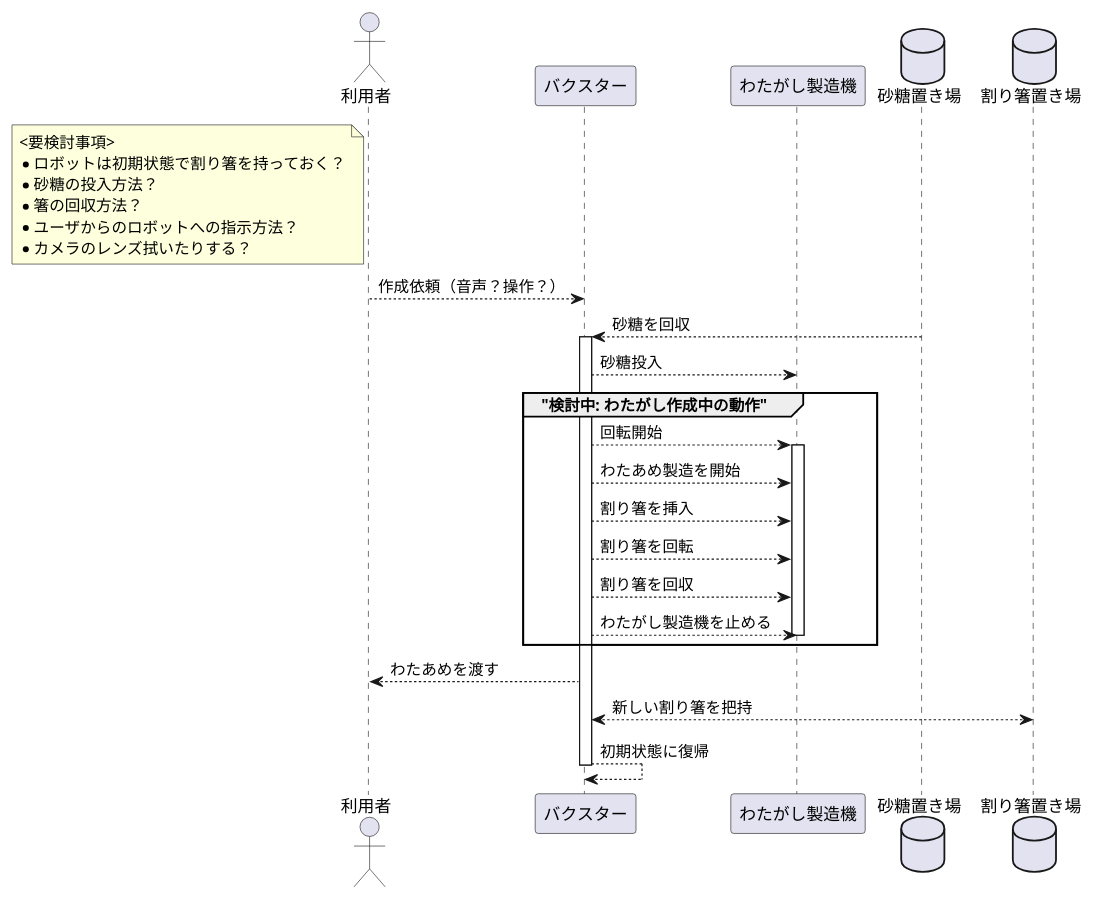
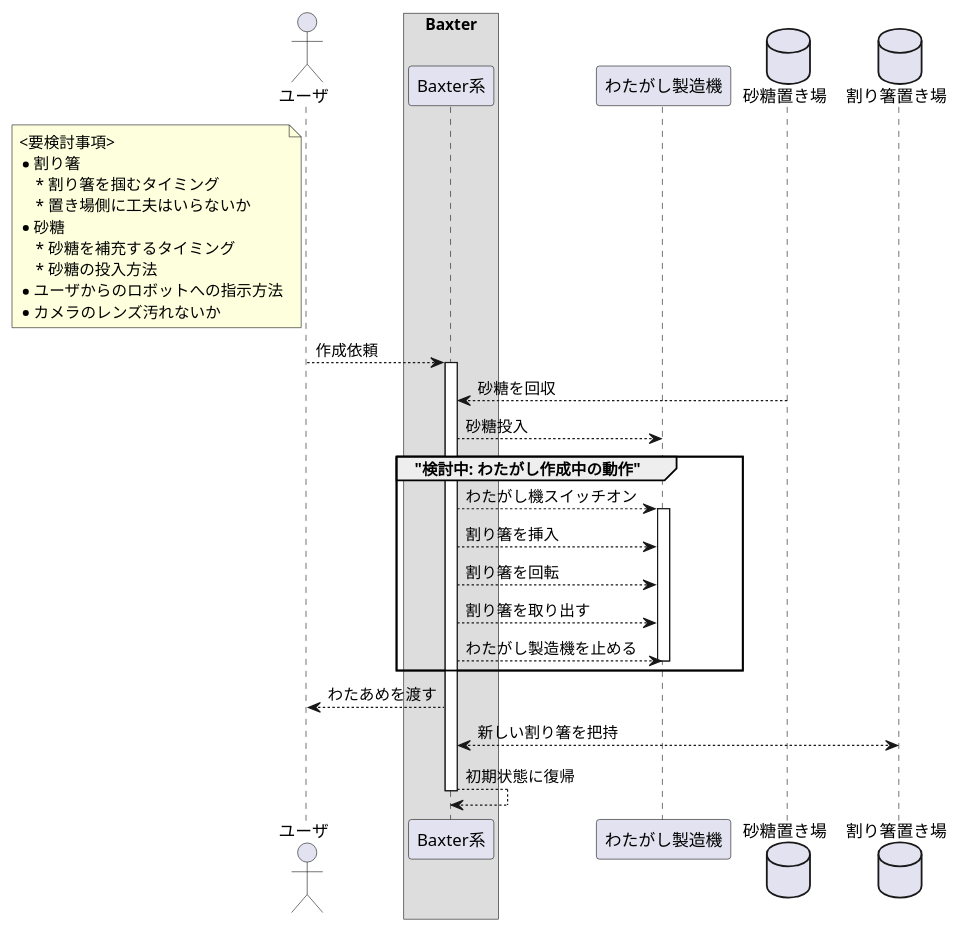
One commit to p-robobu/candy_floss_pkg_old changed the diagram in doc/わたがし作成シーケンス.puml. Above: the diagram before and after it, drawn with PlantUML. The commit also changed 1 other file, not shown here.

```diff
--- a/doc/わたがし作成シーケンス.puml
+++ b/doc/わたがし作成シーケンス.puml
@@ -1,40 +1,46 @@
 @startuml
 
-actor "利用者" as user
-participant "バクスター" as bax
+actor "ユーザ" as user
+box "Baxter"
+participant "Baxter系" as bax
+' entity "左腕" as bax_L
+' entity "右腕" as bax_R
+end box
 participant "わたがし製造機" as machine
 database "砂糖置き場" as suger
 database "割り箸置き場" as wari
 
 ' note over user, wari
 note left user
     <要検討事項>
-    * ロボットは初期状態で割り箸を持っておく？
-    * 砂糖の投入方法？
-    * 箸の回収方法？
-    * ユーザからのロボットへの指示方法？
-    * カメラのレンズ拭いたりする？
+    * 割り箸
+        * 割り箸を掴むタイミング
+        * 置き場側に工夫はいらないか
+    * 砂糖
+        * 砂糖を補充するタイミング
+        * 砂糖の投入方法
+    * ユーザからのロボットへの指示方法
+    * カメラのレンズ汚れないか
 end note
 
-user --> bax : 作成依頼（音声？操作？）
+user --> bax : 作成依頼
+activate bax
 suger --> bax : 砂糖を回収
-activate bax
 bax --> machine : 砂糖投入
 
 group "検討中: わたがし作成中の動作"
-bax --> machine : 回転開始
+bax --> machine : わたがし機スイッチオン
 activate machine
-bax --> machine : わたあめ製造を開始
 bax --> machine : 割り箸を挿入
 bax --> machine : 割り箸を回転
-bax --> machine : 割り箸を回収
+bax --> machine : 割り箸を取り出す
 bax --> machine : わたがし製造機を止める
 deactivate machine
 end
 
 bax --> user : わたあめを渡す
 bax <--> wari : 新しい割り箸を把持
 bax --> bax : 初期状態に復帰
 deactivate bax
 
 @enduml
```
